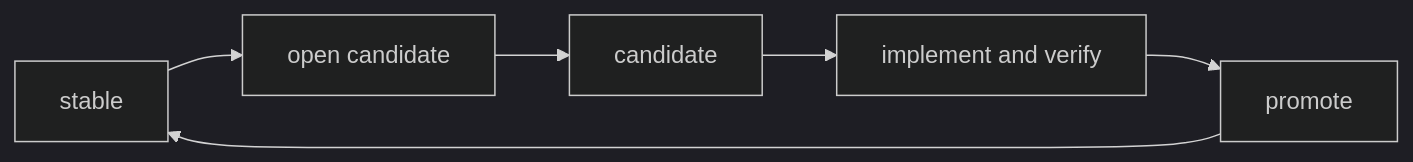
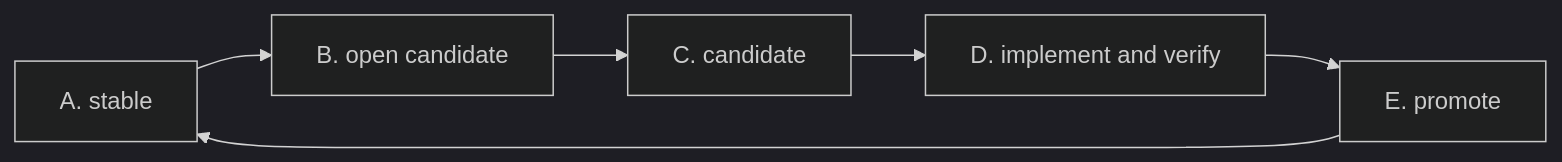
One commit to mfblog/specflow changed the second of 7 diagrams in README.md. Above: the diagram before and after it, drawn with Mermaid (dark theme). The commit also changed other lines of this file and 1 other file, not shown here.

````diff
--- a/README.md
+++ b/README.md
@@ -249,8 +338,8 @@
 ```mermaid
 flowchart LR
-    A["stable"] --> B["open candidate"]
-    B --> C["candidate"]
-    C --> D["implement and verify"]
-    D --> E["promote"]
+    A["A. stable"] --> B["B. open candidate"]
+    B --> C["C. candidate"]
+    C --> D["D. implement and verify"]
+    D --> E["E. promote"]
     E --> A
 ```
````
